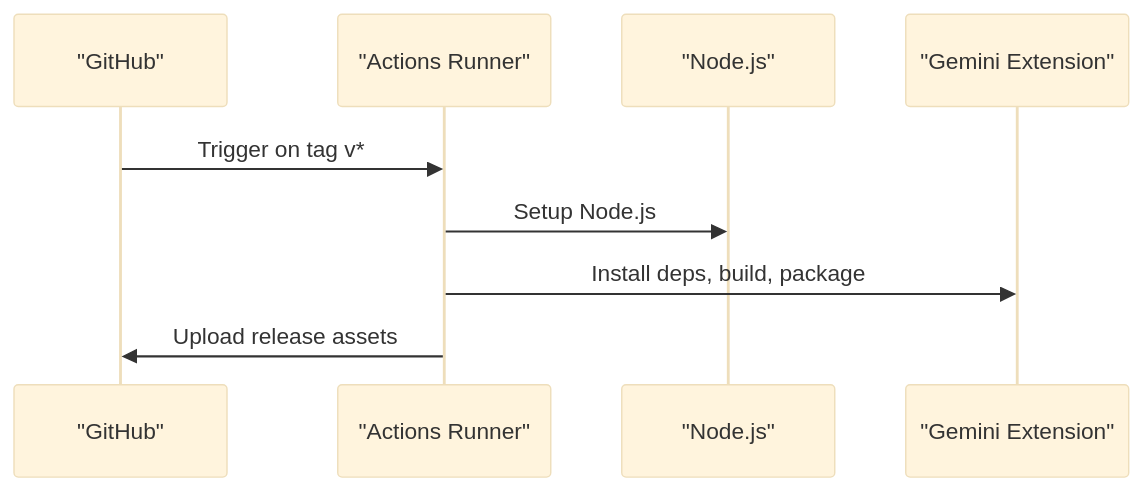
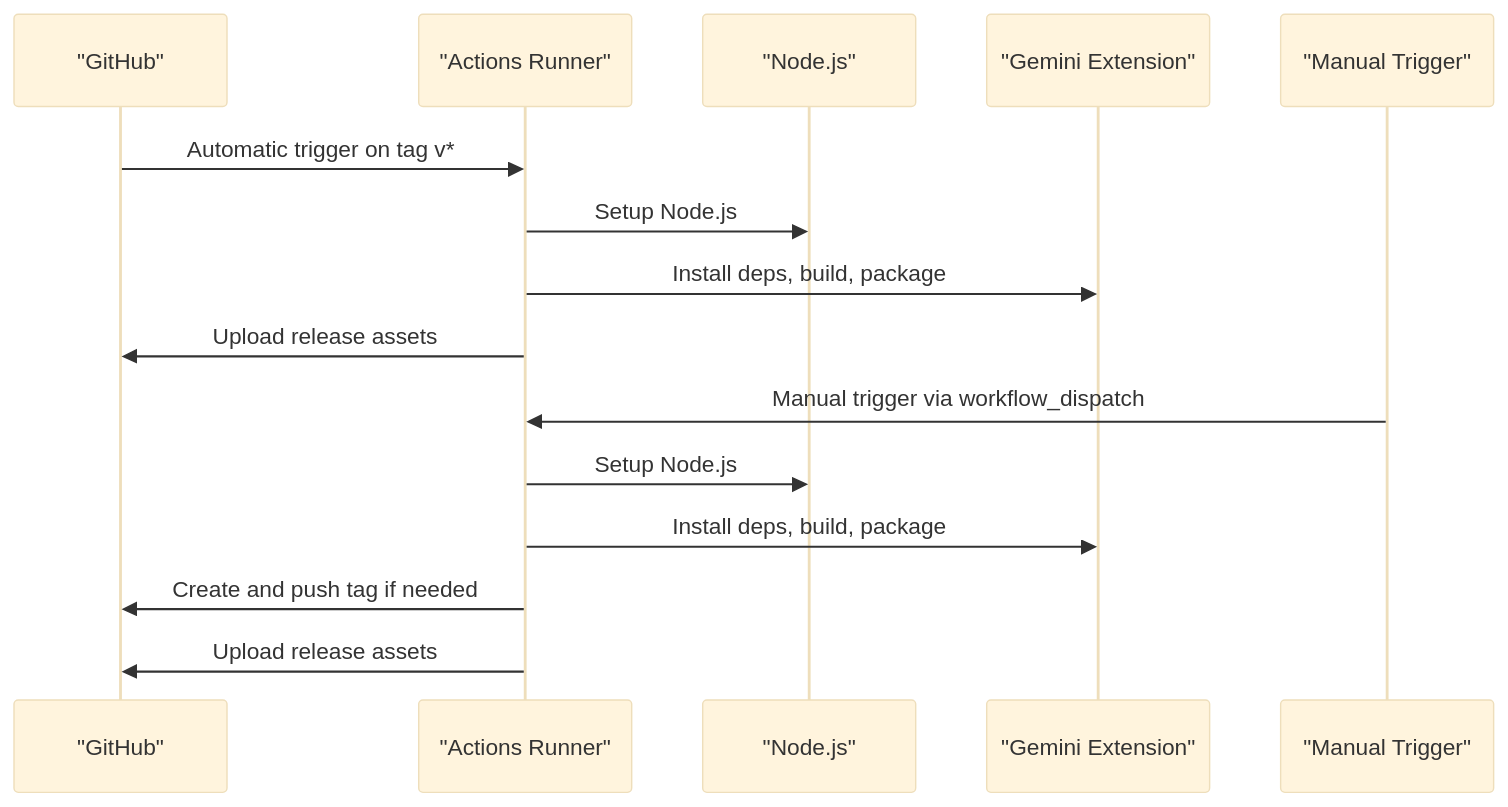
Before and after one commit to austinsonger/GRC-Mapping-Analyst: the seventh of 8 diagrams in .qoder/repowiki/en/content/CLI Script Reference and Automation/Automation Integration and CI_CD.md, drawn with Mermaid (base theme). The commit also changed other lines of this file and 2 other files, not shown here.

First line of the commit message:
ci(release): add manual trigger support and tag management to GitHub Actions workflow

````diff
--- a/.qoder/repowiki/en/content/CLI Script Reference and Automation/Automation Integration and CI_CD.md
+++ b/.qoder/repowiki/en/content/CLI Script Reference and Automation/Automation Integration and CI_CD.md
@@ -333,11 +344,17 @@
 ```mermaid
 sequenceDiagram
 participant GH as "GitHub"
 participant Act as "Actions Runner"
 participant Node as "Node.js"
 participant Ext as "Gemini Extension"
-GH->>Act : Trigger on tag v*
+participant Manual as "Manual Trigger"
+GH->>Act : Automatic trigger on tag v*
 Act->>Node : Setup Node.js
 Act->>Ext : Install deps, build, package
 Act->>GH : Upload release assets
+Manual->>Act : Manual trigger via workflow_dispatch
+Act->>Node : Setup Node.js
+Act->>Ext : Install deps, build, package
+Act->>GH : Create and push tag if needed
+Act->>GH : Upload release assets
 ```
````
